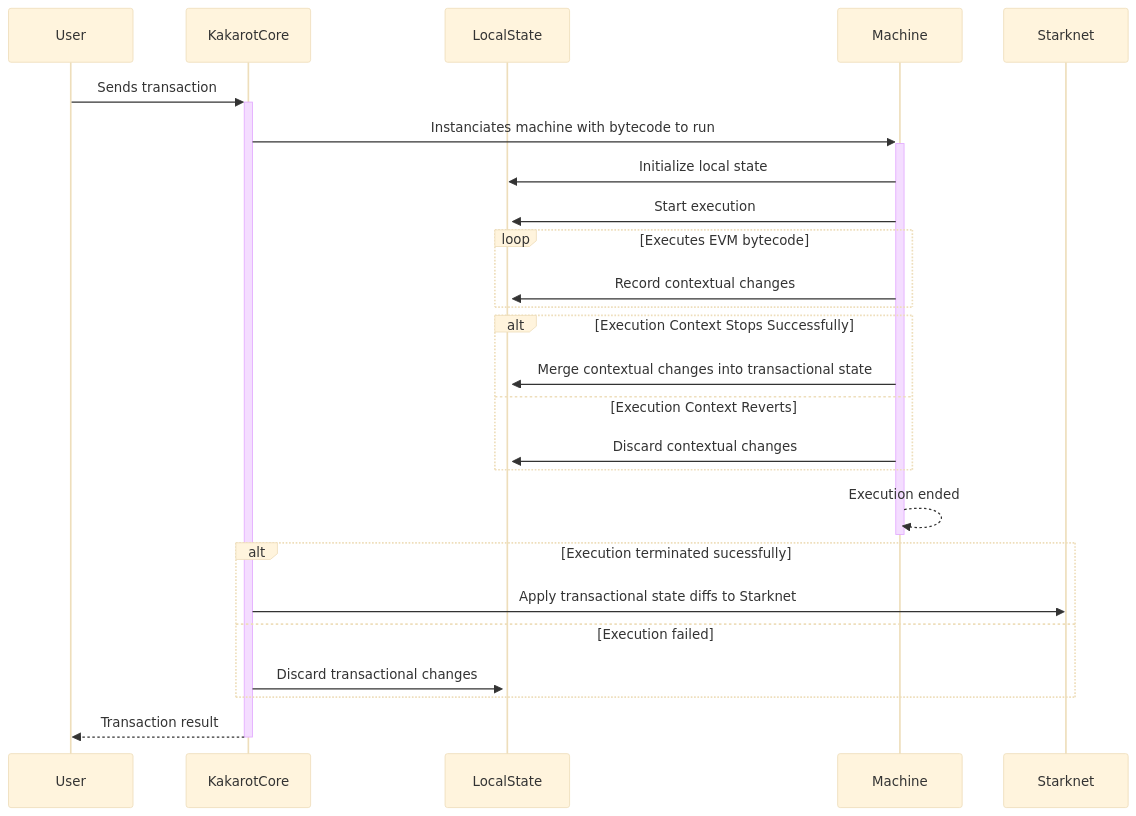
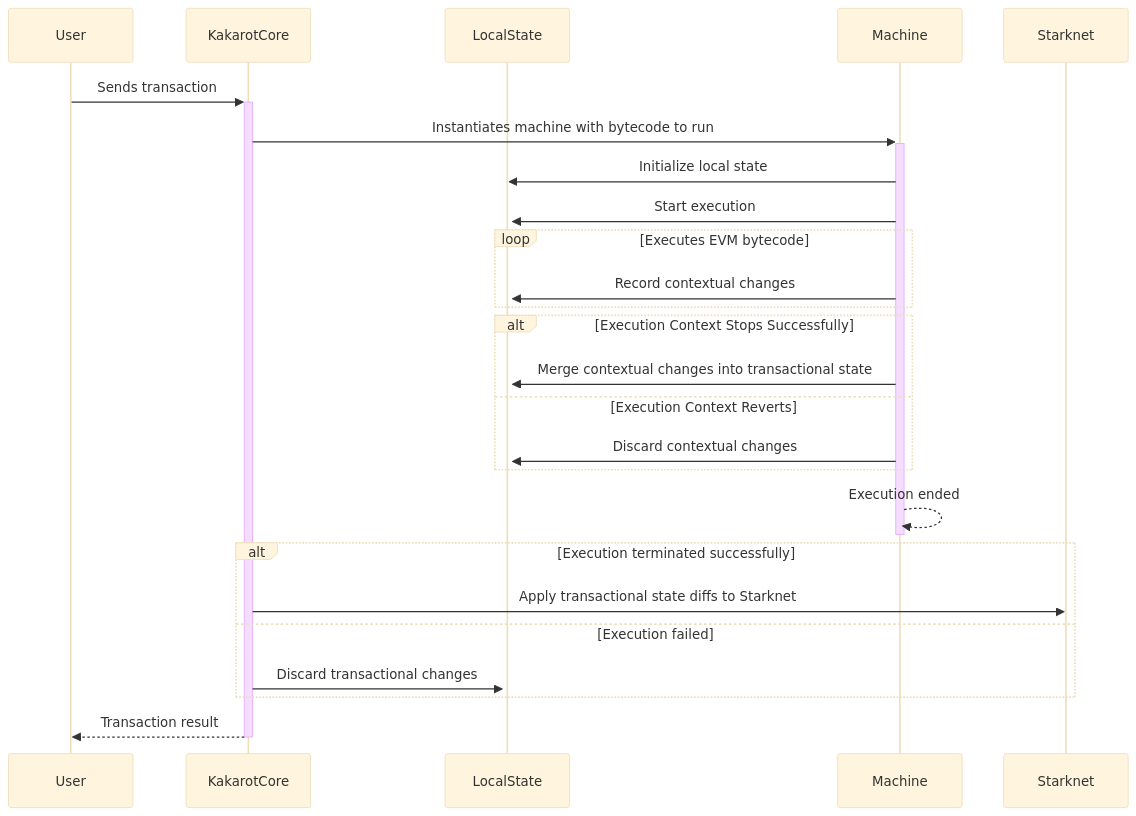
The diagram in docs/general/local_state.md (kkrt-labs/kakarot-ssj), drawn with Mermaid (base theme) before and after one commit. The commit also changed other lines of this file and 19 other files, not shown here.

````diff
--- a/docs/general/local_state.md
+++ b/docs/general/local_state.md
@@ -38,36 +38,36 @@
 ```mermaid
 sequenceDiagram
     participant User
     participant KakarotCore
     participant LocalState
     participant Machine
     participant Starknet
 
     User->>+KakarotCore:Sends transaction
-    KakarotCore->>+Machine: Instanciates machine with bytecode to run
+    KakarotCore->>+Machine: Instantiates machine with bytecode to run
     Machine->>LocalState: Initialize local state
     Machine->>+LocalState: Start execution
 
     loop Executes EVM bytecode
         Machine->>LocalState: Record contextual changes
     end
 
     alt Execution Context Stops Successfully
 
         Machine->>LocalState: Merge contextual changes into transactional state
     else Execution Context Reverts
         Machine->>LocalState: Discard contextual changes
     end
 
     Machine-->>-Machine: Execution ended
 
-    alt Execution terminated sucessfully
+    alt Execution terminated successfully
         KakarotCore->>Starknet: Apply transactional state diffs to Starknet
 
     else Execution failed
         KakarotCore->>LocalState: Discard transactional changes
     end
 
     KakarotCore-->>-User: Transaction result
 
 ```
````
